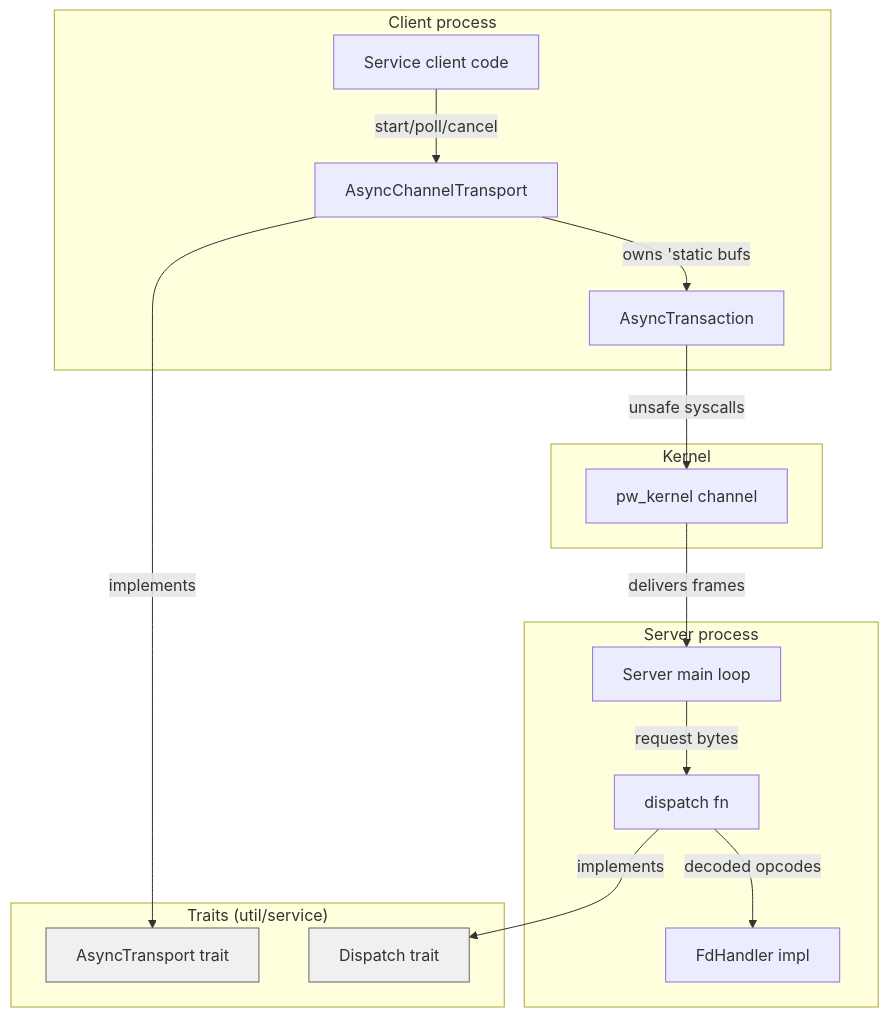
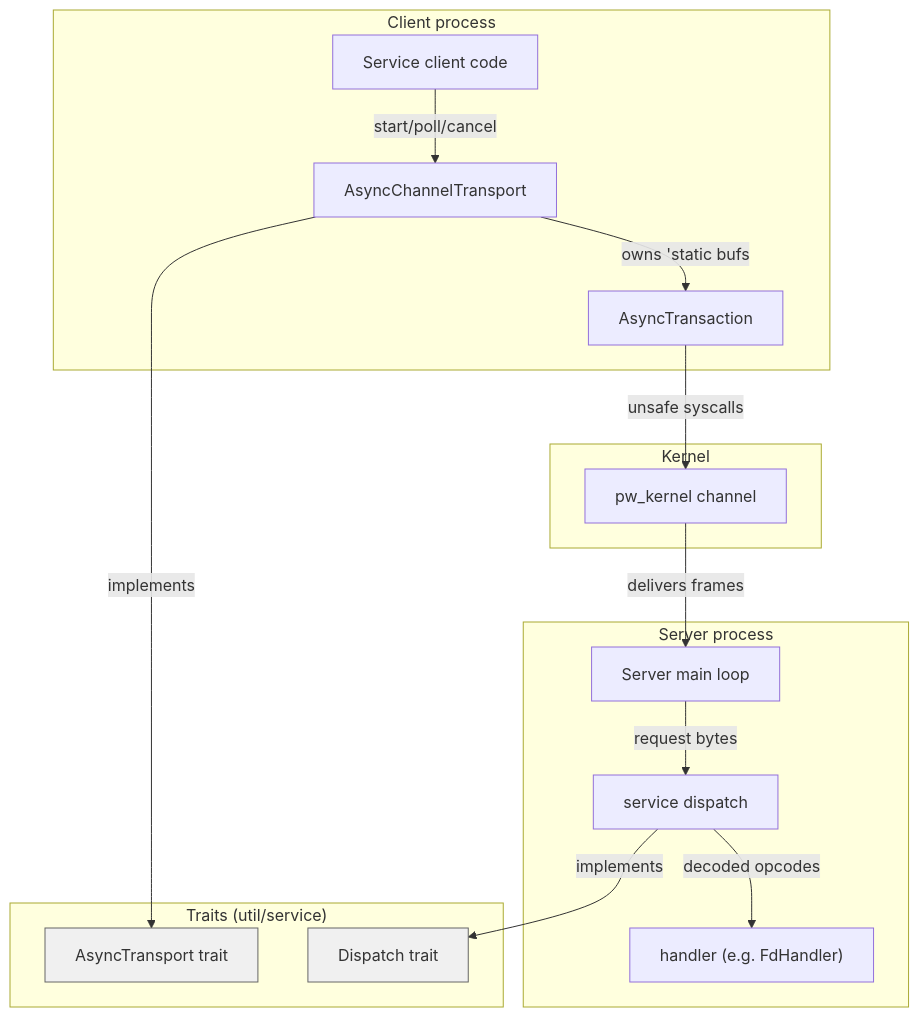
Before and after one commit to OpenPRoT/openprot: the third of 3 diagrams in docs/src/design/ipc-service-stack.md, drawn with Mermaid. The commit also changed other lines of this file and 1 other file, not shown here.

First line of the commit message:
fixup! docs: add IPC service stack diagram

````diff
--- a/docs/src/design/ipc-service-stack.md
+++ b/docs/src/design/ipc-service-stack.md
@@ -74,35 +79,35 @@
 ```mermaid
 graph TD
     subgraph "Client process"
         CL[Service client code]
         CT[AsyncChannelTransport]
         AT[AsyncTransaction]
     end
 
     subgraph "Kernel"
         CH[pw_kernel channel]
     end
 
     subgraph "Server process"
         SV[Server main loop]
-        DS[dispatch fn]
-        FH[FdHandler impl]
+        DS[service dispatch]
+        FH["handler (e.g. FdHandler)"]
     end
 
     subgraph "Traits (util/service)"
         TR["AsyncTransport trait"]
         DI["Dispatch trait"]
     end
 
     CL -->|"start/poll/cancel"| CT
     CT -->|"implements"| TR
     CT -->|"owns 'static bufs"| AT
     AT -->|"unsafe syscalls"| CH
     CH -->|"delivers frames"| SV
     SV -->|"request bytes"| DS
     DS -->|"implements"| DI
     DS -->|"decoded opcodes"| FH
 
     style TR fill:#f0f0f0,stroke:#666
     style DI fill:#f0f0f0,stroke:#666
 ```
````
